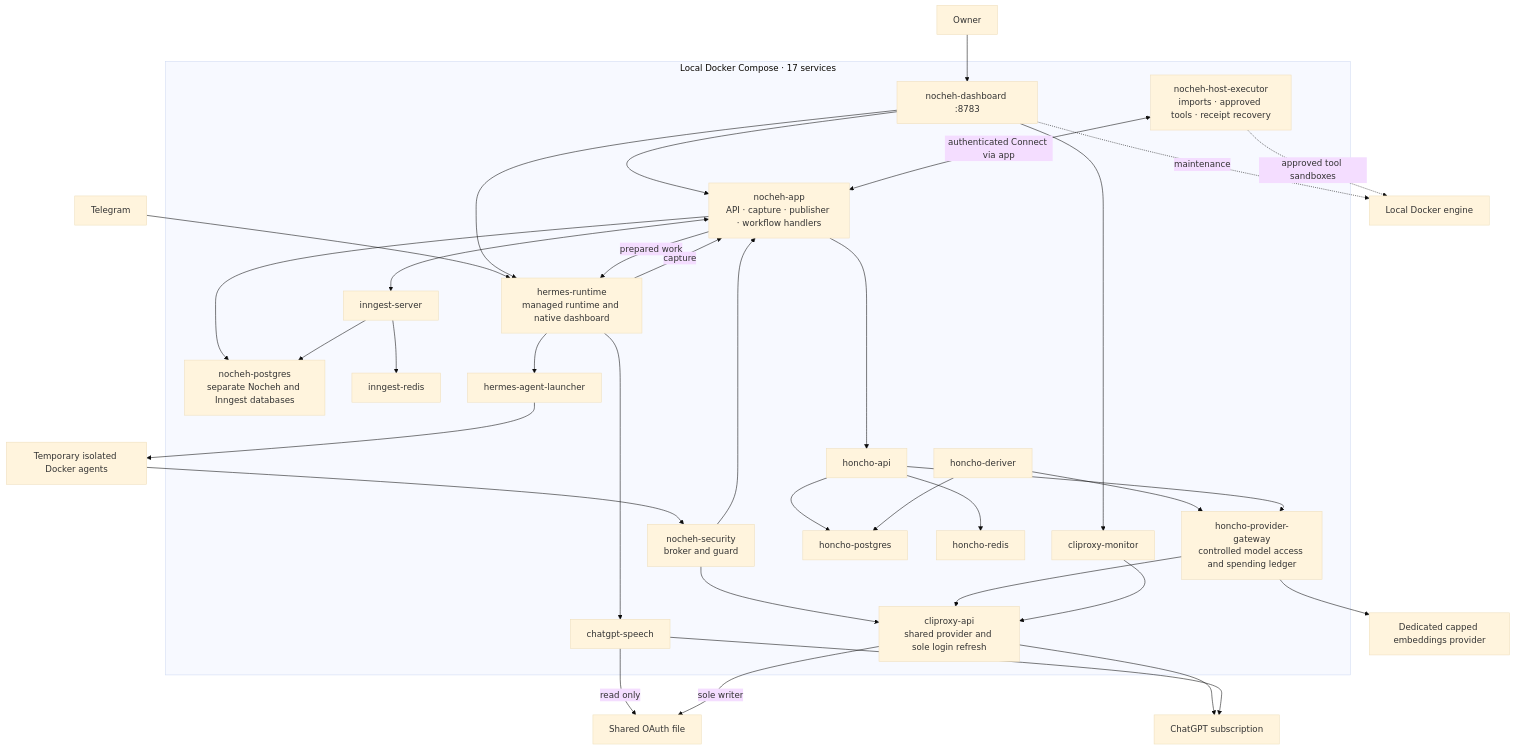
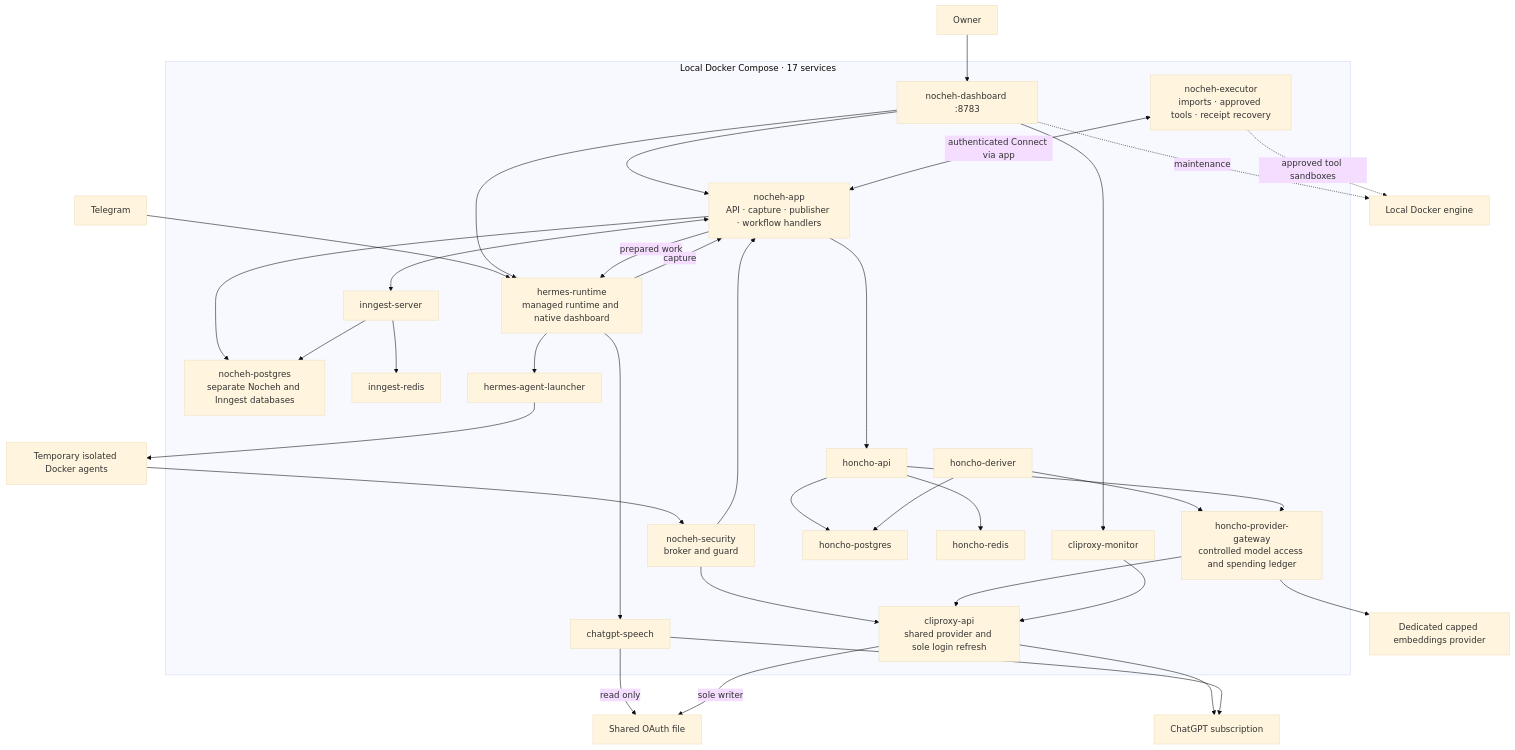
The diagram in docs/services.md (devbymak/nocheh), drawn with Mermaid (base theme) before and after one commit. The commit also changed other lines of this file and 7 other files, not shown here.

First line of the commit message:
Rename Docker executor service to nocheh-executor

````diff
--- a/docs/services.md
+++ b/docs/services.md
@@ -46,55 +46,55 @@
 ```mermaid
 flowchart TB
     Owner[Owner] --> Dashboard
     Telegram[Telegram] --> Hermes
     subgraph Docker["Local Docker Compose · 17 services"]
         Dashboard["nocheh-dashboard :8783"]
-        Executor["nocheh-host-executor<br/>imports · approved tools · receipt recovery"]
+        Executor["nocheh-executor<br/>imports · approved tools · receipt recovery"]
         App["nocheh-app<br/>API · capture · publisher · workflow handlers"]
         PG["nocheh-postgres<br/>separate Nocheh and Inngest databases"]
         Engine[inngest-server]
         Queue[inngest-redis]
         Hermes["hermes-runtime<br/>managed runtime and native dashboard"]
         Launcher[hermes-agent-launcher]
         Security["nocheh-security<br/>broker and guard"]
         Speech[chatgpt-speech]
         Provider["cliproxy-api<br/>shared provider and sole login refresh"]
         Monitor[cliproxy-monitor]
         Memory[honcho-api]
         Deriver[honcho-deriver]
         MemoryDB[honcho-postgres]
         Cache[honcho-redis]
         Gateway["honcho-provider-gateway<br/>controlled model access and spending ledger"]
     end
     Dashboard --> App
     Dashboard --> Hermes
     Dashboard --> Monitor
     Dashboard -.->|maintenance| DockerAPI[Local Docker engine]
     Executor -.->|approved tool sandboxes| DockerAPI
     Executor <-->|authenticated Connect via app| App
     Hermes -->|capture| App
     App --> PG
     App <--> Engine
     Engine --> PG
     Engine --> Queue
     App -->|prepared work| Hermes
     Hermes --> Launcher
     Launcher --> Agents[Temporary isolated Docker agents]
     Agents --> Security
     Security --> App
     Security --> Provider
     Hermes --> Speech
     Speech -->|read only| Login[Shared OAuth file]
     Provider -->|sole writer| Login
     Provider --> Subscription[ChatGPT subscription]
     Speech --> Subscription
     App --> Memory
     Memory --> MemoryDB
     Deriver --> MemoryDB
     Memory --> Cache
     Deriver --> Gateway
     Memory --> Gateway
     Gateway --> Provider
     Gateway --> Embeddings[Dedicated capped embeddings provider]
     Monitor --> Provider
 ```
````
